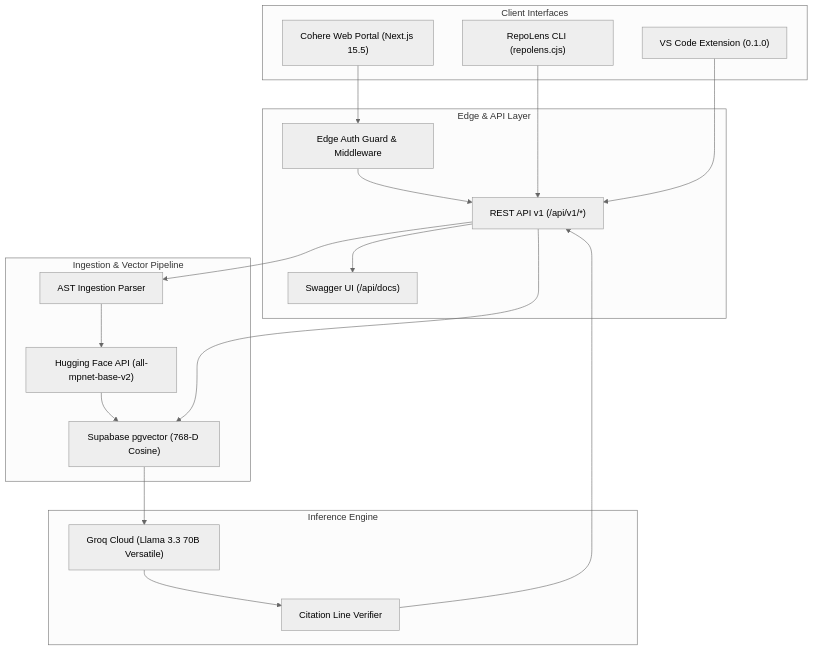
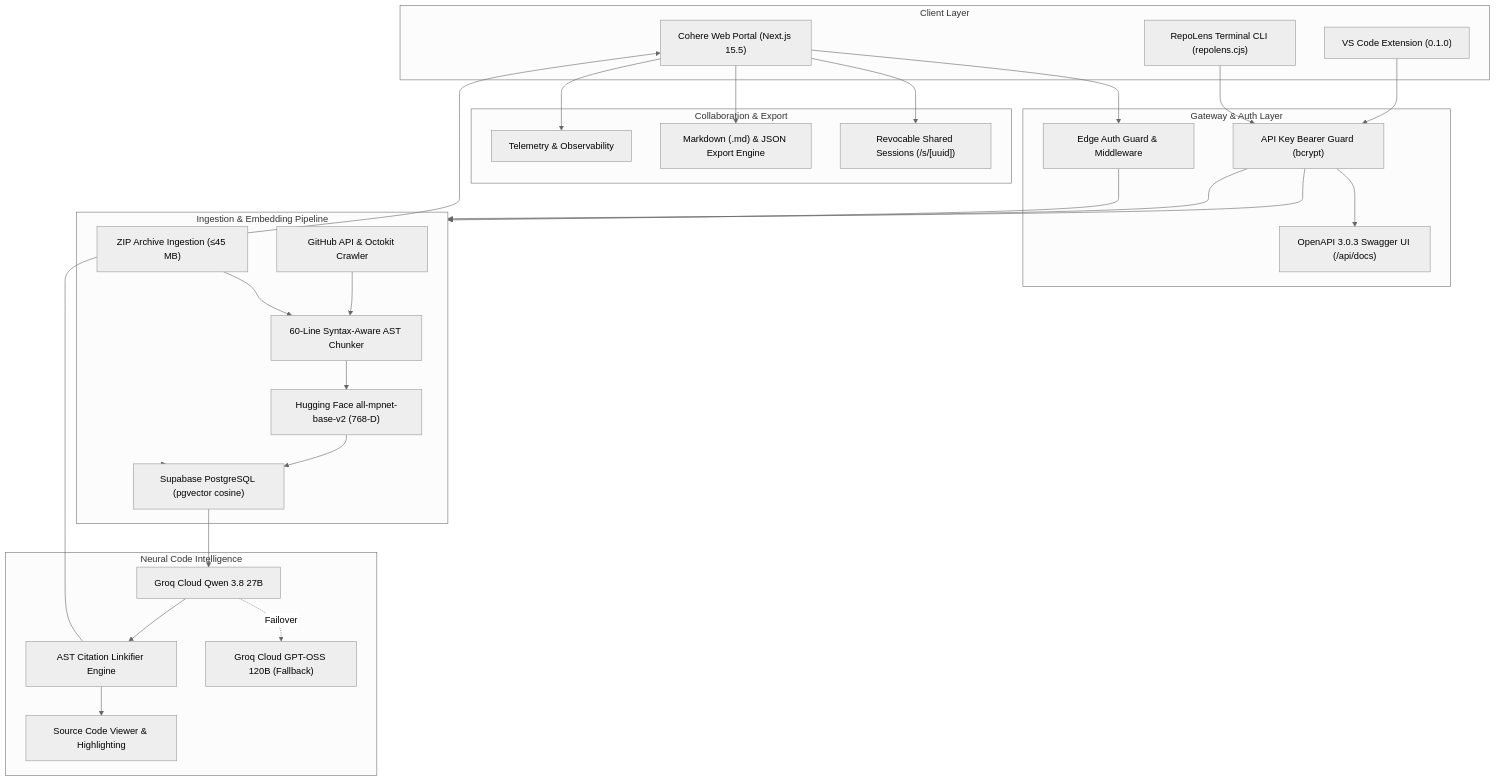
The diagram in README.md (bhaktofmahakal/repo-lens), drawn with Mermaid (neutral theme) before and after one commit. The commit also changed other lines of this file, not shown here.

Commit message:
docs: update README with complete features, architecture diagram, and sanitized zero-secret config

````diff
--- a/README.md
+++ b/README.md
@@ -86,39 +107,60 @@
 ```mermaid
 flowchart TD
-    subgraph Client ["Client Interfaces"]
+    subgraph Clients ["Client Layer"]
         WEB["Cohere Web Portal (Next.js 15.5)"]
-        CLI["RepoLens CLI (repolens.cjs)"]
+        CLI["RepoLens Terminal CLI (repolens.cjs)"]
         VSC["VS Code Extension (0.1.0)"]
     end
 
-    subgraph Gateway ["Edge & API Layer"]
+    subgraph Security ["Gateway & Auth Layer"]
         MIDDLEWARE["Edge Auth Guard & Middleware"]
-        REST["REST API v1 (/api/v1/*)"]
-        SWAGGER["Swagger UI (/api/docs)"]
+        AUTH_BEARER["API Key Bearer Guard (bcrypt)"]
+        SWAGGER["OpenAPI 3.0.3 Swagger UI (/api/docs)"]
     end
 
-    subgraph Pipeline ["Ingestion & Vector Pipeline"]
-        INGEST["AST Ingestion Parser"]
-        EMBED["Hugging Face API (all-mpnet-base-v2)"]
-        VECTOR["Supabase pgvector (768-D Cosine)"]
+    subgraph Pipeline ["Ingestion & Embedding Pipeline"]
+        ZIP_INGEST["ZIP Archive Ingestion (≤45 MB)"]
+        GIT_INGEST["GitHub API & Octokit Crawler"]
+        AST_CHUNKER["60-Line Syntax-Aware AST Chunker"]
+        HF_EMBED["Hugging Face all-mpnet-base-v2 (768-D)"]
+        PG_VECTOR["Supabase PostgreSQL (pgvector cosine)"]
     end
 
-    subgraph LLM ["Inference Engine"]
-        GROQ["Groq Cloud (Llama 3.3 70B Versatile)"]
-        VERIFY["Citation Line Verifier"]
+    subgraph Inference ["Neural Code Intelligence"]
+        GROQ_QWEN["Groq Cloud Qwen 3.8 27B"]
+        GROQ_GPT["Groq Cloud GPT-OSS 120B (Fallback)"]
+        LINKIFIER["AST Citation Linkifier Engine"]
+        SOURCE_VIEW["Source Code Viewer & Highlighting"]
     end
 
-    WEB --> MIDDLEWARE --> REST
-    CLI --> REST
-    VSC --> REST
-    REST --> SWAGGER
-    
-    REST --> INGEST
-    INGEST --> EMBED
-    EMBED --> VECTOR
+    subgraph Sharing ["Collaboration & Export"]
+        SHARED_SESSIONS["Revocable Shared Sessions (/s/[uuid])"]
+        EXPORT["Markdown (.md) & JSON Export Engine"]
+        POSTHOG["Telemetry & Observability"]
+    end
 
-    REST --> VECTOR
-    VECTOR --> GROQ
-    GROQ --> VERIFY
-    VERIFY --> REST
+    %% Client Routing
+    WEB --> MIDDLEWARE --> Pipeline
+    CLI --> AUTH_BEARER --> Pipeline
+    VSC --> AUTH_BEARER --> Pipeline
+    AUTH_BEARER --> SWAGGER
+
+    %% Ingestion Flow
+    ZIP_INGEST --> AST_CHUNKER
+    GIT_INGEST --> AST_CHUNKER
+    AST_CHUNKER --> HF_EMBED
+    HF_EMBED --> PG_VECTOR
+
+    %% Query & Inference Flow
+    Pipeline --> PG_VECTOR
+    PG_VECTOR --> GROQ_QWEN
+    GROQ_QWEN -.->|Failover| GROQ_GPT
+    GROQ_QWEN --> LINKIFIER
+    LINKIFIER --> SOURCE_VIEW
+    LINKIFIER --> WEB
+
+    %% Collaboration Flow
+    WEB --> SHARED_SESSIONS
+    WEB --> EXPORT
+    WEB --> POSTHOG
 ```
````
